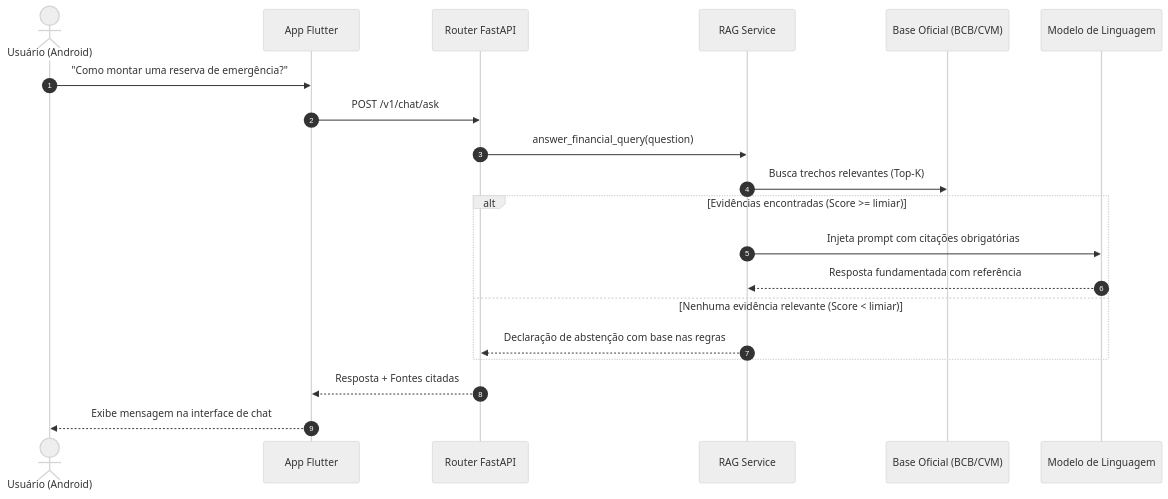
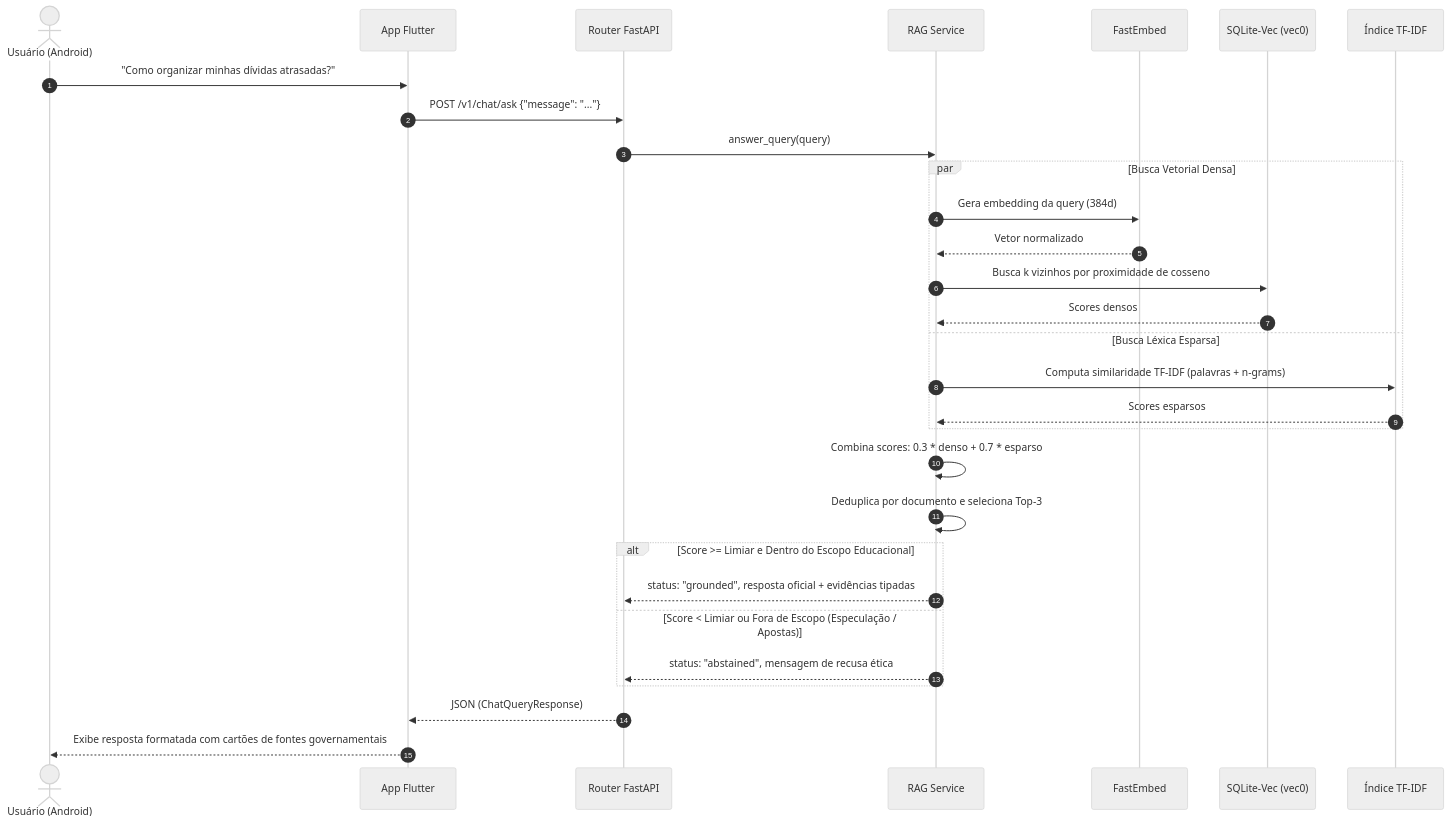
The third of 3 diagrams in docs/arquitetura/mapa-do-sistema.md (moonshinerd/trokim), drawn with Mermaid (neutral theme) before and after one commit. The commit also changed other lines of this file and 9 other files, not shown here.

````diff
--- a/docs/arquitetura/mapa-do-sistema.md
+++ b/docs/arquitetura/mapa-do-sistema.md
@@ -79,23 +84,37 @@
 ```mermaid
 sequenceDiagram
     autonumber
     actor User as Usuário (Android)
     participant Mobile as App Flutter
     participant API as Router FastAPI
     participant RAG as RAG Service
-    participant Docs as Base Oficial (BCB/CVM)
-    participant LLM as Modelo de Linguagem
+    participant Embed as FastEmbed
+    participant VecDB as SQLite-Vec (vec0)
+    participant Lexical as Índice TF-IDF
 
-    User->>Mobile: "Como montar uma reserva de emergência?"
-    Mobile->>API: POST /v1/chat/ask
-    API->>RAG: answer_financial_query(question)
-    RAG->>Docs: Busca trechos relevantes (Top-K)
-    alt Evidências encontradas (Score >= limiar)
-        RAG->>LLM: Injeta prompt com citações obrigatórias
-        LLM-->>RAG: Resposta fundamentada com referência
-    else Nenhuma evidência relevante (Score < limiar)
-        RAG-->>API: Declaração de abstenção com base nas regras
+    User->>Mobile: "Como organizar minhas dívidas atrasadas?"
+    Mobile->>API: POST /v1/chat/ask {"message": "..."}
+    API->>RAG: answer_query(query)
+    
+    par Busca Vetorial Densa
+        RAG->>Embed: Gera embedding da query (384d)
+        Embed-->>RAG: Vetor normalizado
+        RAG->>VecDB: Busca k vizinhos por proximidade de cosseno
+        VecDB-->>RAG: Scores densos
+    and Busca Léxica Esparsa
+        RAG->>Lexical: Computa similaridade TF-IDF (palavras + n-grams)
+        Lexical-->>RAG: Scores esparsos
     end
-    API-->>Mobile: Resposta + Fontes citadas
-    Mobile-->>User: Exibe mensagem na interface de chat
+    
+    RAG->>RAG: Combina scores: 0.3 * denso + 0.7 * esparso
+    RAG->>RAG: Deduplica por documento e seleciona Top-3
+    
+    alt Score >= Limiar e Dentro do Escopo Educacional
+        RAG-->>API: status: "grounded", resposta oficial + evidências tipadas
+    else Score < Limiar ou Fora de Escopo (Especulação / Apostas)
+        RAG-->>API: status: "abstained", mensagem de recusa ética
+    end
+    
+    API-->>Mobile: JSON (ChatQueryResponse)
+    Mobile-->>User: Exibe resposta formatada com cartões de fontes governamentais
 ```
````
